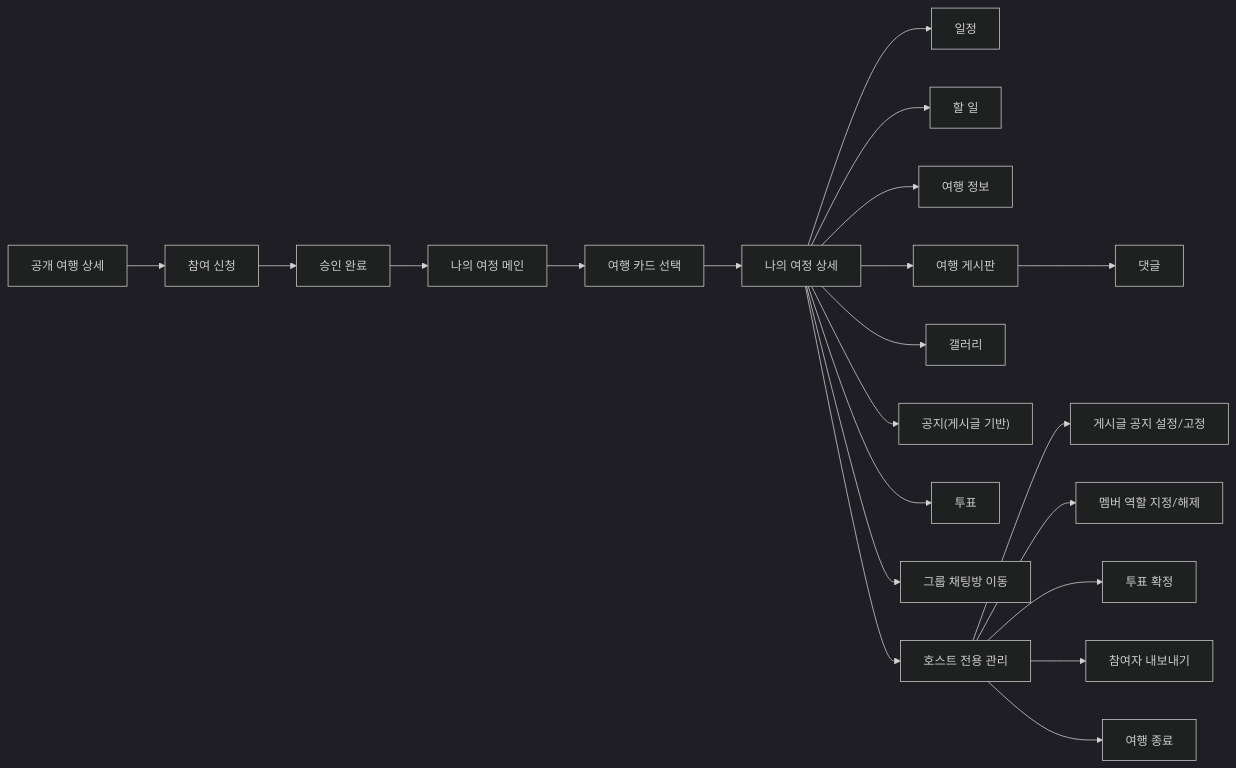
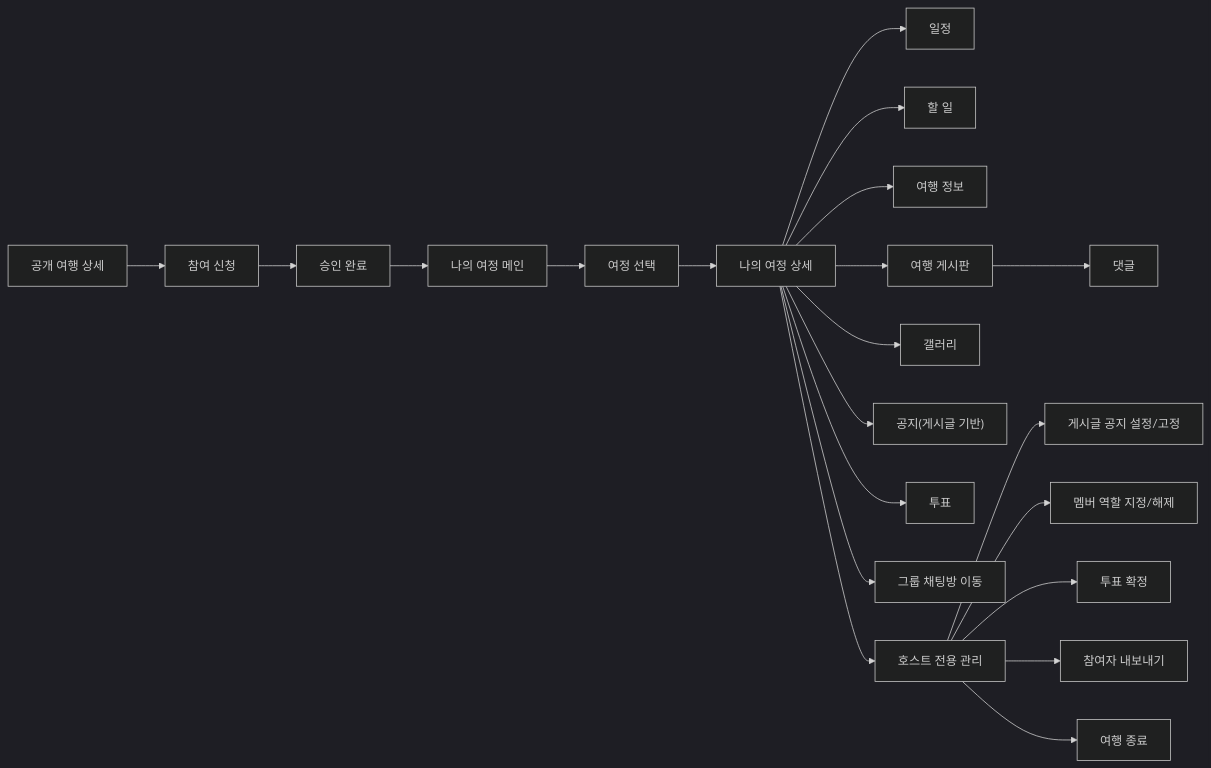
The diagram in docs/002-policy/flows/004-my-journey-product-flow.md (GIL-DONG-MU/ddu-ru-backend), drawn with Mermaid (dark theme) before and after one commit. The commit also changed other lines of this file and 18 other files, not shown here.

````diff
--- a/docs/002-policy/flows/004-my-journey-product-flow.md
+++ b/docs/002-policy/flows/004-my-journey-product-flow.md
@@ -148,25 +146,25 @@
 ```mermaid
 flowchart LR
     A["공개 여행 상세"] --> B["참여 신청"]
     B --> C["승인 완료"]
     C --> D["나의 여정 메인"]
-    D --> E["여행 카드 선택"]
+    D --> E["여정 선택"]
     E --> F["나의 여정 상세"]
 
     F --> G["일정"]
     F --> H["할 일"]
     F --> I["여행 정보"]
     F --> J["여행 게시판"]
     J --> J2["댓글"]
     F --> J3["갤러리"]
     F --> K["공지(게시글 기반)"]
     F --> L["투표"]
     F --> M["그룹 채팅방 이동"]
 
     F --> N["호스트 전용 관리"]
     N --> N1["게시글 공지 설정/고정"]
     N --> N2["멤버 역할 지정/해제"]
     N --> N3["투표 확정"]
     N --> N4["참여자 내보내기"]
     N --> N5["여행 종료"]
 ```
````
